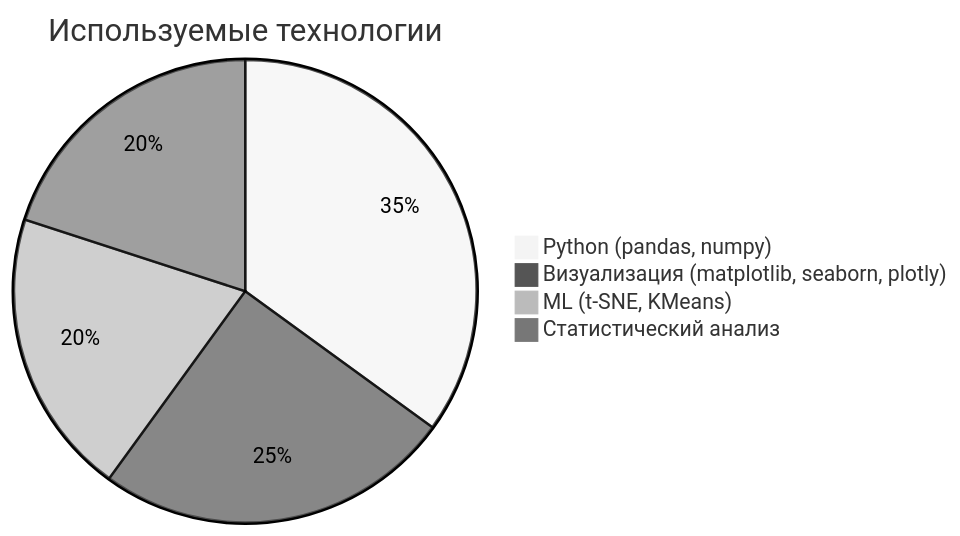
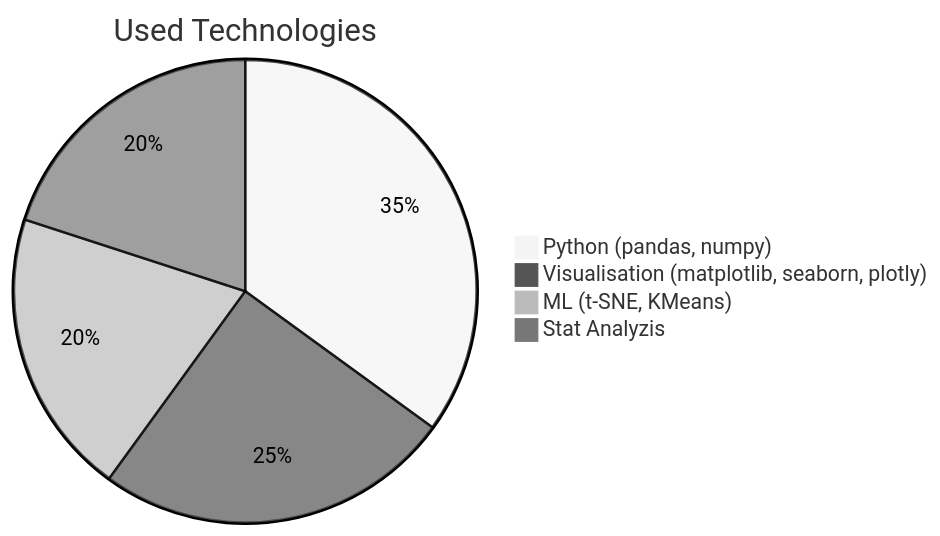
Before and after one commit to vitaly22041977/Tools-for-Ozon-pricing-strategy-optimizing: the diagram in README.md, drawn with Mermaid (neutral theme). The commit also changed other lines of this file, not shown here.

````diff
--- a/README.md
+++ b/README.md
@@ -29,8 +11,8 @@
 ```mermaid
 pie
-    title Используемые технологии
+    title Used Technologies
     "Python (pandas, numpy)" : 35
-    "Визуализация (matplotlib, seaborn, plotly)" : 25
+    "Visualisation (matplotlib, seaborn, plotly)" : 25
     "ML (t-SNE, KMeans)" : 20
-    "Статистический анализ" : 20
+    "Stat Analyzis" : 20
 ```
````
